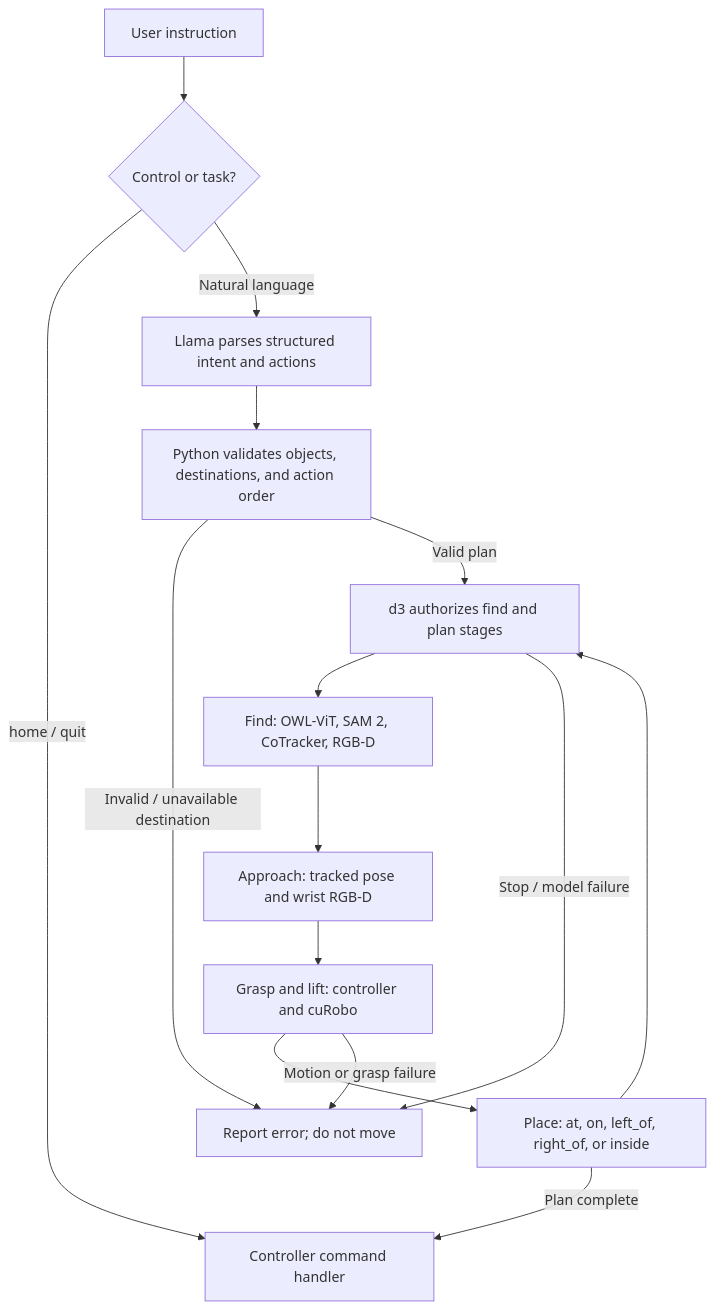
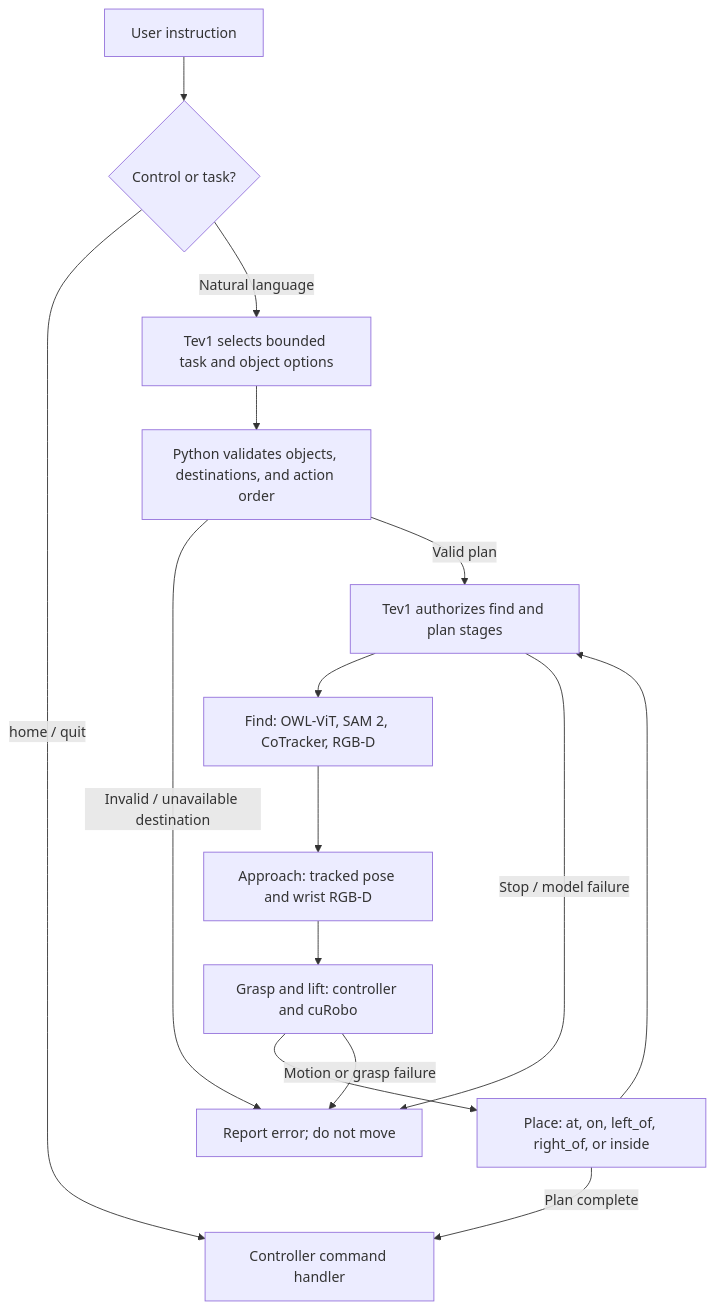
One commit to khuzema-h/pseudo_vla changed the diagram in README.md. Above: the diagram before and after it, drawn with Mermaid. The commit also changed other lines of this file and 19 other files, not shown here.

Commit message:
Swapped d3 and llama for tev1

````diff
--- a/README.md
+++ b/README.md
@@ -30,17 +35,17 @@
 ```mermaid
 flowchart TD
     U[User instruction] --> C{Control or task?}
     C -->|home / quit| R[Controller command handler]
-    C -->|Natural language| L[Llama parses structured intent and actions]
-    L --> V[Python validates objects, destinations, and action order]
+    C -->|Natural language| T[Tev1 selects bounded task and object options]
+    T --> V[Python validates objects, destinations, and action order]
     V -->|Invalid / unavailable destination| E[Report error; do not move]
-    V -->|Valid plan| D[d3 authorizes find and plan stages]
+    V -->|Valid plan| D[Tev1 authorizes find and plan stages]
     D --> F[Find: OWL-ViT, SAM 2, CoTracker, RGB-D]
     F --> A[Approach: tracked pose and wrist RGB-D]
     A --> G[Grasp and lift: controller and cuRobo]
     G --> P[Place: at, on, left_of, right_of, or inside]
     P --> D
     G -->|Motion or grasp failure| E
     D -->|Stop / model failure| E
     P -->|Plan complete| R
 ```
````
